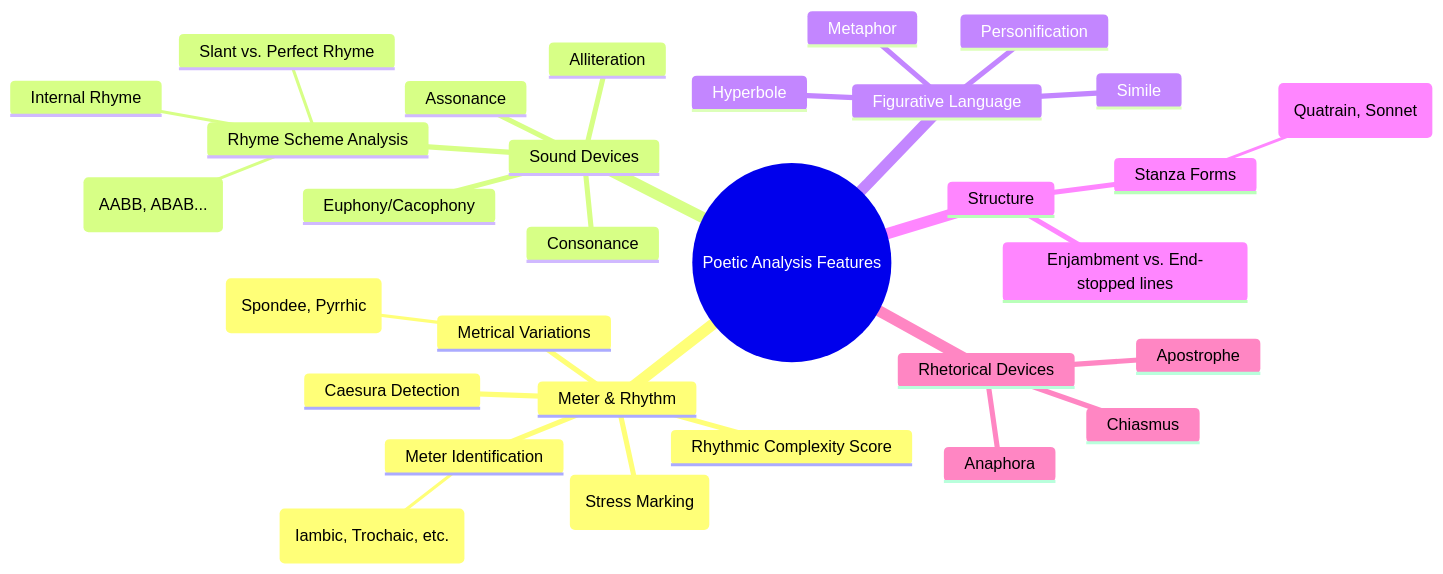
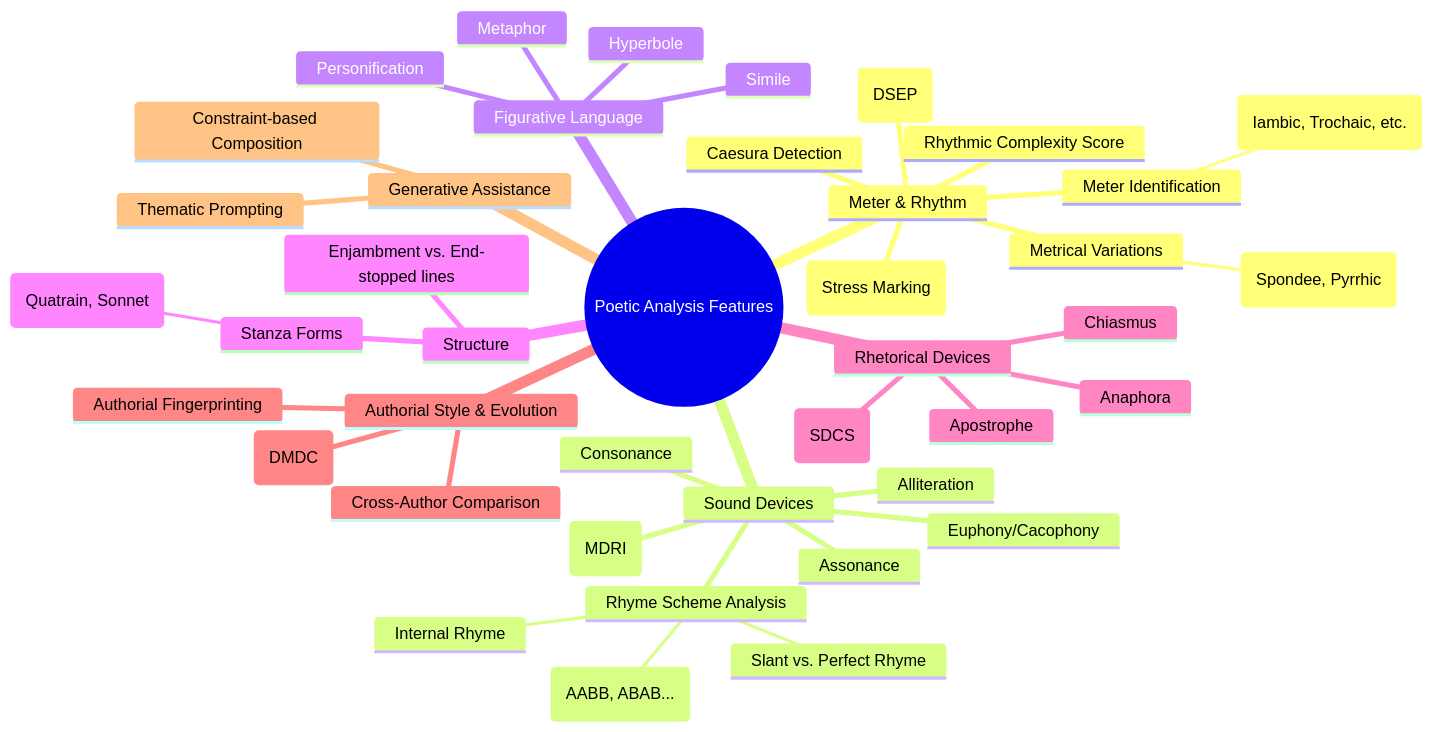
Before and after one commit to diplomat-bit/Citibank_Demo_Business_Inc_Demonstration-: the ninth of 12 diagrams in inventions/123_generative_poetic_meter_analysis.md, drawn with Mermaid. The commit also changed other lines of this file, not shown here.

Commit message:
[AI] Edit: inventions/123_generative_poetic_meter_analysis.md

````diff
--- a/inventions/123_generative_poetic_meter_analysis.md
+++ b/inventions/123_generative_poetic_meter_analysis.md
@@ -273,35 +299,45 @@
 ```mermaid
 mindmap
   root((Poetic Analysis Features))
     ::icon(fa fa-brain)
     Meter & Rhythm
       Scansion (Stress Marking)
       Meter Identification
         (Iambic, Trochaic, etc.)
       Metrical Variations
         (Spondee, Pyrrhic)
       Caesura Detection
       Rhythmic Complexity Score
+      Dynamic Syllable Entrainment Prob. (DSEP)
     Sound Devices
       Rhyme Scheme Analysis
         (AABB, ABAB...)
         Internal Rhyme
         Slant vs. Perfect Rhyme
       Alliteration
       Assonance
       Consonance
       Euphony/Cacophony
+      Multi-Dimensional Rhyme Resonance Index (MDRI)
     Figurative Language
       Metaphor
       Simile
       Personification
       Hyperbole
     Structure
       Stanza Forms
         (Quatrain, Sonnet)
       Enjambment vs. End-stopped lines
     Rhetorical Devices
       Anaphora
       Chiasmus
       Apostrophe
+      Stylistic Device Contextual Salience Score (SDCS)
+    Authorial Style & Evolution
+      Authorial Fingerprinting
+      Cross-Author Comparison
+      Diachronic Metrical Drift Coefficient (DMDC)
+    Generative Assistance
+      Constraint-based Composition
+      Thematic Prompting
 ```
````
